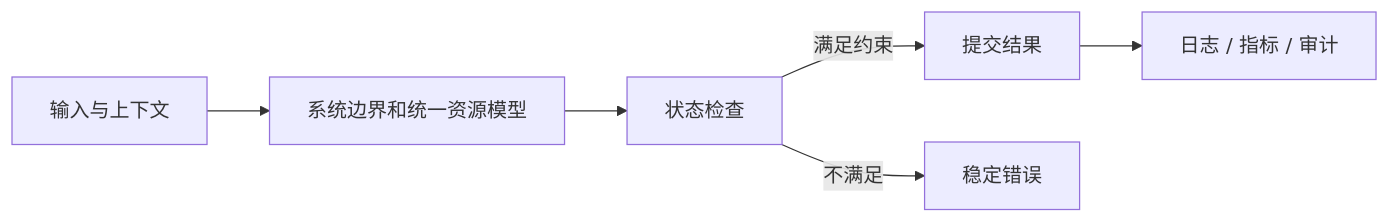
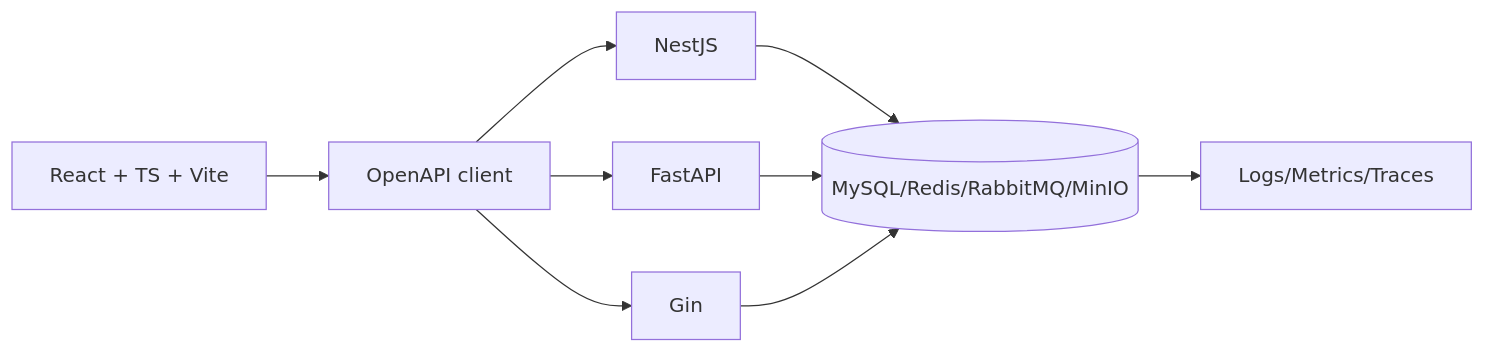
Before and after one commit to upJiang/jiang-blog-vitepress: the diagram in docs/backend/enterprise-admin-capstone.md, drawn with Mermaid. The commit also changed other lines of this file and 341 other files, not shown here.

````diff
--- a/docs/backend/enterprise-admin-capstone.md
+++ b/docs/backend/enterprise-admin-capstone.md
@@ -35,8 +37,11 @@
 ```mermaid
 flowchart LR
-  A[输入与上下文] --> B[系统边界和统一资源模型]
-  B --> C[状态检查]
-  C -->|满足约束| D[提交结果]
-  C -->|不满足| E[稳定错误]
-  D --> F[日志 / 指标 / 审计]
+  R[React + TS + Vite] --> C[OpenAPI client]
+  C --> N[NestJS]
+  C --> P[FastAPI]
+  C --> G[Gin]
+  N --> S[(MySQL/Redis/RabbitMQ/MinIO)]
+  P --> S
+  G --> S
+  S --> O[Logs/Metrics/Traces]
 ```
````
